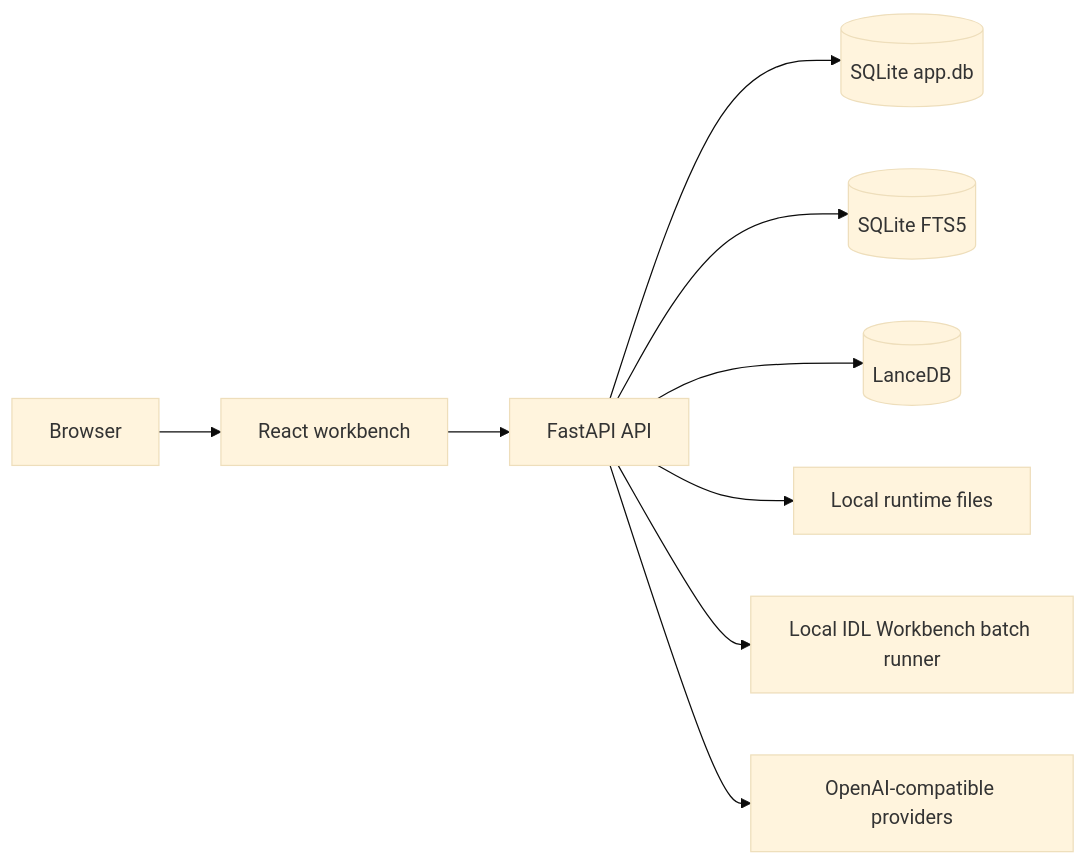
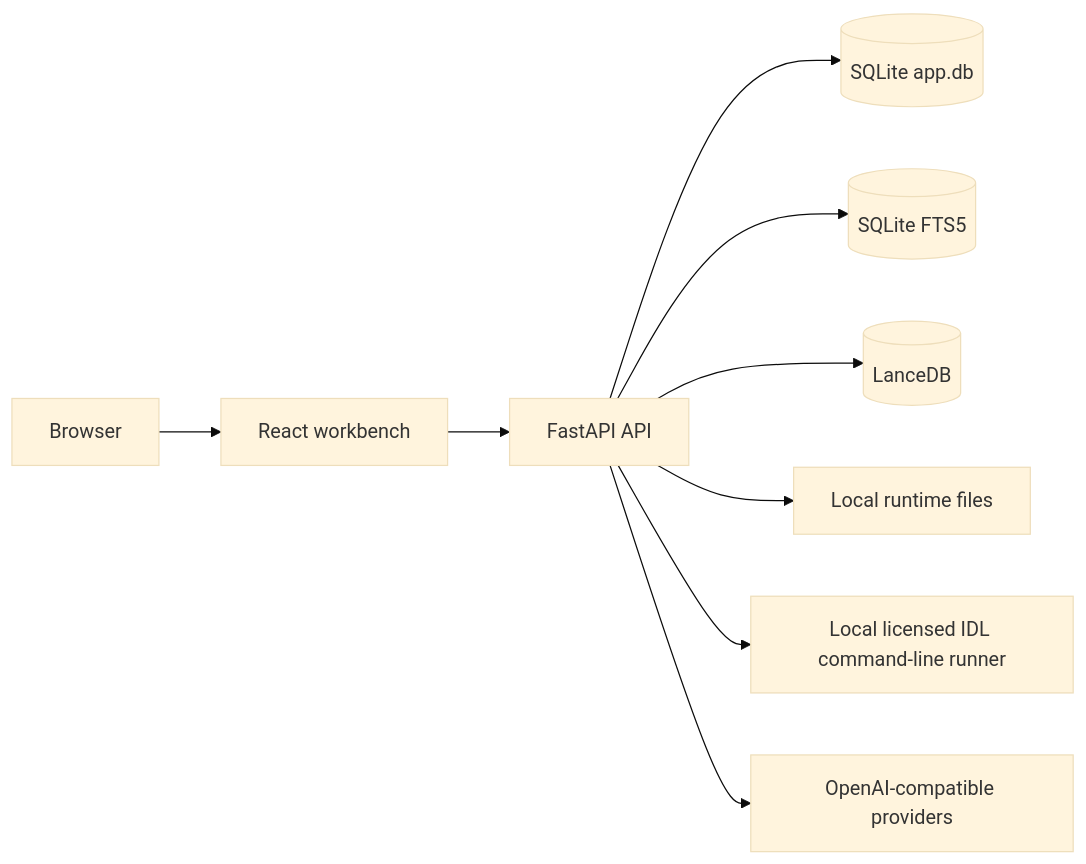
One commit to GeoSyntax/idl-rag changed the first of 4 diagrams in docs/architecture.md. Above: the diagram before and after it, drawn with Mermaid (base theme). The commit also changed other lines of this file and 102 other files, not shown here.

````diff
--- a/docs/architecture.md
+++ b/docs/architecture.md
@@ -7,11 +7,11 @@
 ```mermaid
 flowchart LR
   Browser[Browser] --> Frontend[React workbench]
   Frontend --> Backend[FastAPI API]
   Backend --> SQLite[(SQLite app.db)]
   Backend --> FTS[(SQLite FTS5)]
   Backend --> Lance[(LanceDB)]
   Backend --> RuntimeFiles[Local runtime files]
-  Backend --> IDL[Local IDL Workbench batch runner]
+  Backend --> IDL[Local licensed IDL command-line runner]
   Backend --> Providers[OpenAI-compatible providers]
 ```
````
